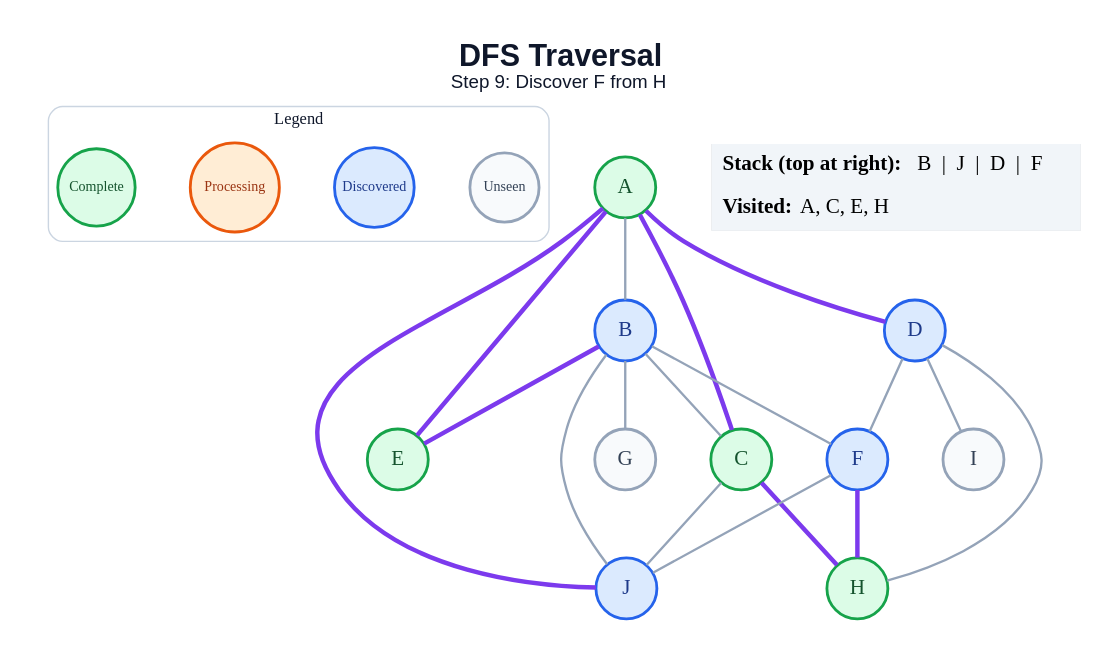
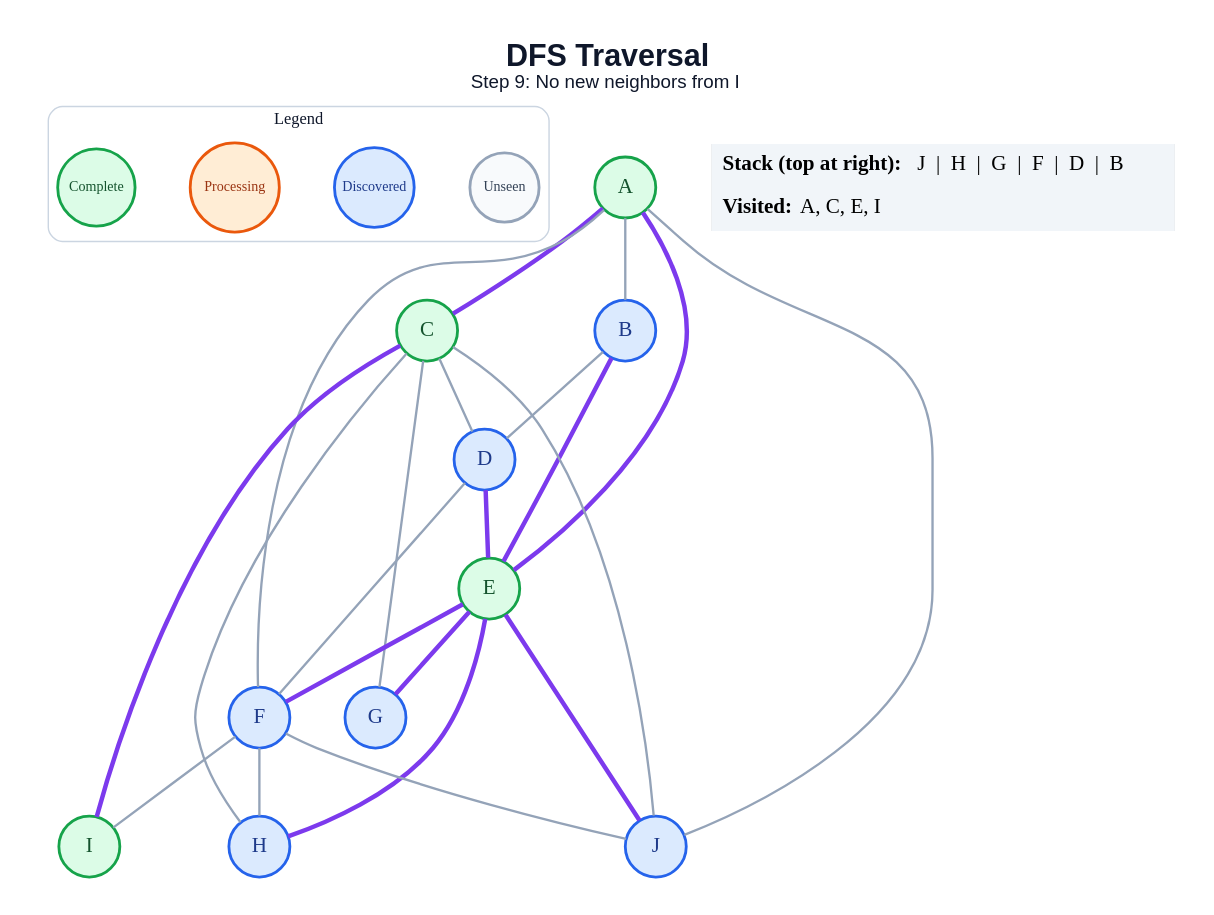
The diagram in generated/specific-node/dfs/step_09.dot (amanghodawala9/ai-slop), drawn with Graphviz before and after one commit. The commit also changed 178 other files, not shown here.

```diff
--- a/generated/specific-node/dfs/step_09.dot
+++ b/generated/specific-node/dfs/step_09.dot
@@ -1,46 +1,50 @@
 graph traversal {
   graph [layout=dot, rankdir=TB, bgcolor="#FFFFFF", pad="0.35", nodesep="0.65", ranksep="0.8", fontname="Arial"];
   node [shape=circle, style="filled", fontname="Arial Bold", fontsize=18, width=0.72, fixedsize=true, penwidth=2.4];
   edge [color="#94A3B8", penwidth=2.0];
-  label=<<B>DFS Traversal</B><BR/><FONT POINT-SIZE="16">Step 9: Discover F from H</FONT>>; labelloc="t"; fontsize=26; fontname="Arial"; fontcolor="#0F172A";
+  label=<<B>DFS Traversal</B><BR/><FONT POINT-SIZE="16">Step 9: No new neighbors from I</FONT>>; labelloc="t"; fontsize=26; fontname="Arial"; fontcolor="#0F172A";
   subgraph cluster_legend { label="Legend"; color="#CBD5E1"; penwidth=1.2; style="rounded"; fontsize=14; fontname="Arial Bold";
     key_unseen [label="Unseen", fillcolor="#F8FAFC", color="#94A3B8", fontcolor="#334155", fontsize=12, width=0.82];
     key_frontier [label="Discovered", fillcolor="#DBEAFE", color="#2563EB", fontcolor="#1E3A8A", fontsize=12, width=0.95];
     key_current [label="Processing", fillcolor="#FFEDD5", color="#EA580C", fontcolor="#9A3412", fontsize=12, width=1.05];
     key_done [label="Complete", fillcolor="#DCFCE7", color="#16A34A", fontcolor="#14532D", fontsize=12, width=0.92];
     { rank=same; key_unseen; key_frontier; key_current; key_done; }
   }
   A [fillcolor="#DCFCE7", color="#16A34A", fontcolor="#14532D"];
   B [fillcolor="#DBEAFE", color="#2563EB", fontcolor="#1E3A8A"];
   C [fillcolor="#DCFCE7", color="#16A34A", fontcolor="#14532D"];
   D [fillcolor="#DBEAFE", color="#2563EB", fontcolor="#1E3A8A"];
   E [fillcolor="#DCFCE7", color="#16A34A", fontcolor="#14532D"];
   F [fillcolor="#DBEAFE", color="#2563EB", fontcolor="#1E3A8A"];
-  G [fillcolor="#F8FAFC", color="#94A3B8", fontcolor="#334155"];
-  H [fillcolor="#DCFCE7", color="#16A34A", fontcolor="#14532D"];
-  I [fillcolor="#F8FAFC", color="#94A3B8", fontcolor="#334155"];
+  G [fillcolor="#DBEAFE", color="#2563EB", fontcolor="#1E3A8A"];
+  H [fillcolor="#DBEAFE", color="#2563EB", fontcolor="#1E3A8A"];
+  I [fillcolor="#DCFCE7", color="#16A34A", fontcolor="#14532D"];
   J [fillcolor="#DBEAFE", color="#2563EB", fontcolor="#1E3A8A"];
   A -- B;
   A -- C [color="#7C3AED", penwidth=3.8];
-  A -- D [color="#7C3AED", penwidth=3.8];
   A -- E [color="#7C3AED", penwidth=3.8];
-  A -- J [color="#7C3AED", penwidth=3.8];
-  B -- C;
+  A -- F;
+  A -- J;
+  B -- D;
   B -- E [color="#7C3AED", penwidth=3.8];
-  B -- F;
-  B -- G;
-  B -- J;
-  C -- H [color="#7C3AED", penwidth=3.8];
+  C -- D;
+  C -- G;
+  C -- H;
+  C -- I [color="#7C3AED", penwidth=3.8];
   C -- J;
+  D -- E [color="#7C3AED", penwidth=3.8];
   D -- F;
-  D -- H;
-  D -- I;
-  F -- H [color="#7C3AED", penwidth=3.8];
+  E -- F [color="#7C3AED", penwidth=3.8];
+  E -- G [color="#7C3AED", penwidth=3.8];
+  E -- H [color="#7C3AED", penwidth=3.8];
+  E -- J [color="#7C3AED", penwidth=3.8];
+  F -- H;
+  F -- I;
   F -- J;
   status [shape=plain, fixedsize=false, width=0, height=0, margin=0, label=<
     <TABLE BORDER="0" CELLBORDER="0" CELLPADDING="7" BGCOLOR="#F1F5F9">
-      <TR><TD ALIGN="LEFT"><B>Stack (top at right):</B> B  |  J  |  D  |  F</TD></TR>
-      <TR><TD ALIGN="LEFT"><B>Visited:</B> A, C, E, H</TD></TR>
+      <TR><TD ALIGN="LEFT"><B>Stack (top at right):</B> J  |  H  |  G  |  F  |  D  |  B</TD></TR>
+      <TR><TD ALIGN="LEFT"><B>Visited:</B> A, C, E, I</TD></TR>
     </TABLE>
   >];
 }
```
